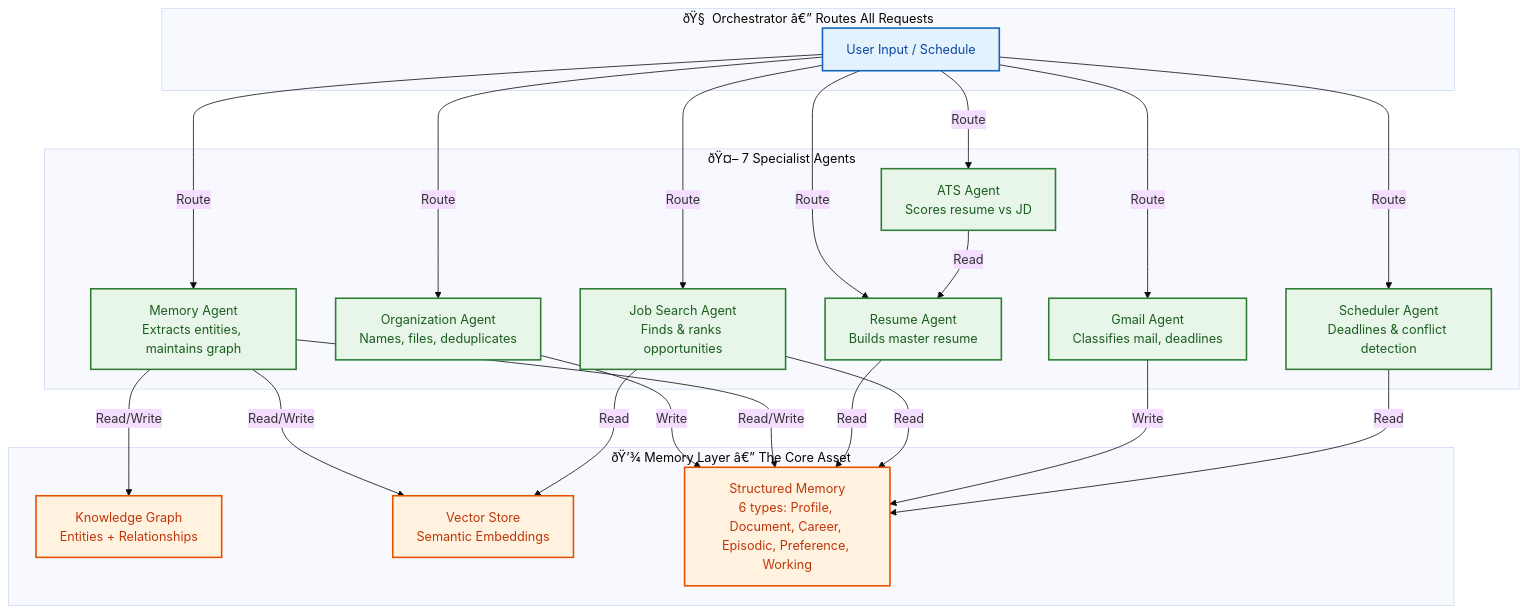
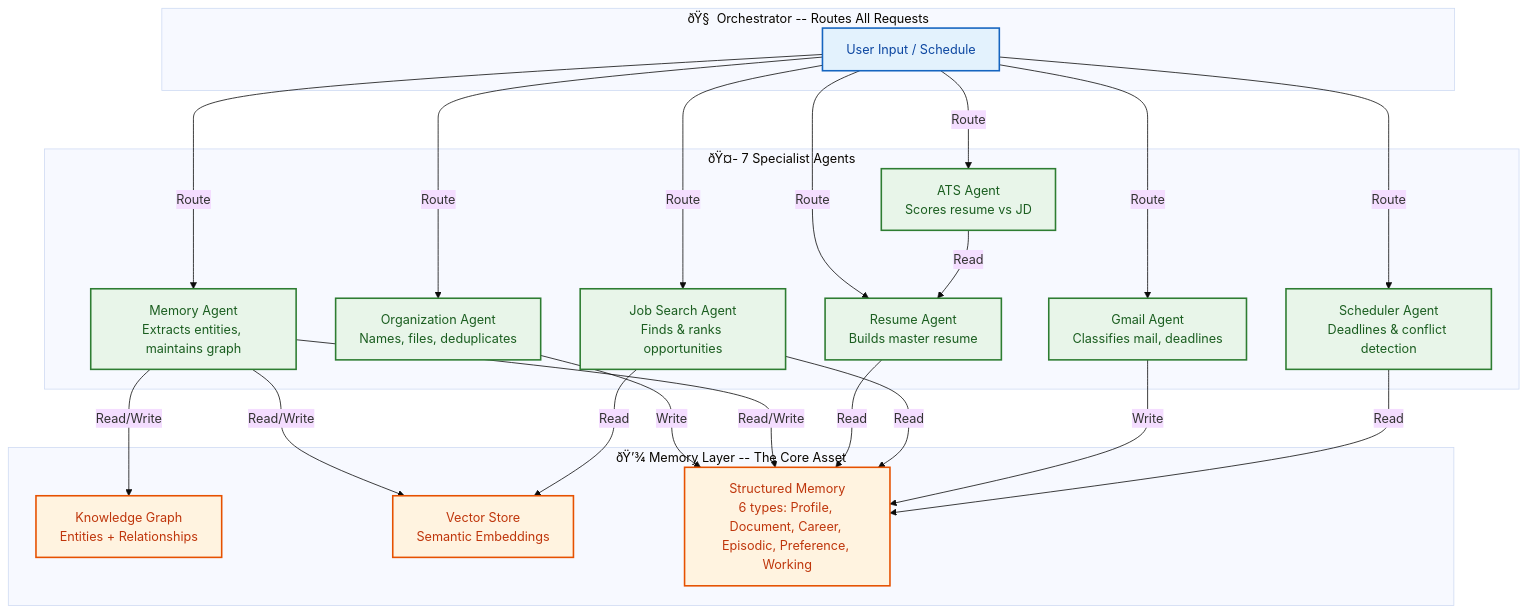
Before and after one commit to Driftloom/Vaeloom: the diagram in Docs/01-Vaeloom-MVP-Spec.md, drawn with Mermaid (base theme). The commit also changed other lines of this file and 5 other files, not shown here.

Commit message:
docs: add MVP specification and system architecture documents

````diff
--- a/Docs/01-Vaeloom-MVP-Spec.md
+++ b/Docs/01-Vaeloom-MVP-Spec.md
@@ -26,49 +26,49 @@
 ```mermaid
 graph TD
-    subgraph Orchestrator["ðŸ§  Orchestrator â€” Routes All Requests"]
+    subgraph Orchestrator["ðŸ§  Orchestrator -- Routes All Requests"]
         O["User Input / Schedule"]
     end
 
-    subgraph SpecialistAgents["ðŸ¤– 7 Specialist Agents"]
+    subgraph SpecialistAgents["ðŸ¤- 7 Specialist Agents"]
         OA["Organization Agent<br/>Names, files, deduplicates"]
         MA["Memory Agent<br/>Extracts entities, maintains graph"]
         RA["Resume Agent<br/>Builds master resume"]
         ATS["ATS Agent<br/>Scores resume vs JD"]
         JS["Job Search Agent<br/>Finds & ranks opportunities"]
         GA["Gmail Agent<br/>Classifies mail, deadlines"]
         SA["Scheduler Agent<br/>Deadlines & conflict detection"]
     end
 
-    subgraph Memory["ðŸ’¾ Memory Layer â€” The Core Asset"]
+    subgraph Memory["ðŸ’¾ Memory Layer -- The Core Asset"]
         KG["Knowledge Graph<br/>Entities + Relationships"]
         VS["Vector Store<br/>Semantic Embeddings"]
         SM["Structured Memory<br/>6 types: Profile, Document, Career, Episodic, Preference, Working"]
     end
 
     O -->|Route| OA
     O -->|Route| MA
     O -->|Route| RA
     O -->|Route| ATS
     O -->|Route| JS
     O -->|Route| GA
     O -->|Route| SA
 
     OA -->|Write| SM
     MA -->|Read/Write| KG
     MA -->|Read/Write| VS
     MA -->|Read/Write| SM
     RA -->|Read| SM
     ATS -->|Read| RA
     JS -->|Read| SM
     JS -->|Read| VS
     GA -->|Write| SM
     SA -->|Read| SM
 
     classDef orchestrator fill:#e3f2fd,stroke:#1565c0,stroke-width:2px,color:#0d47a1
     classDef agent fill:#e8f5e9,stroke:#2e7d32,stroke-width:2px,color:#1b5e20
     classDef memory fill:#fff3e0,stroke:#e65100,stroke-width:2px,color:#bf360c
 
     class O orchestrator
     class OA,MA,RA,ATS,JS,GA,SA agent
     class KG,VS,SM memory
 ```
````
